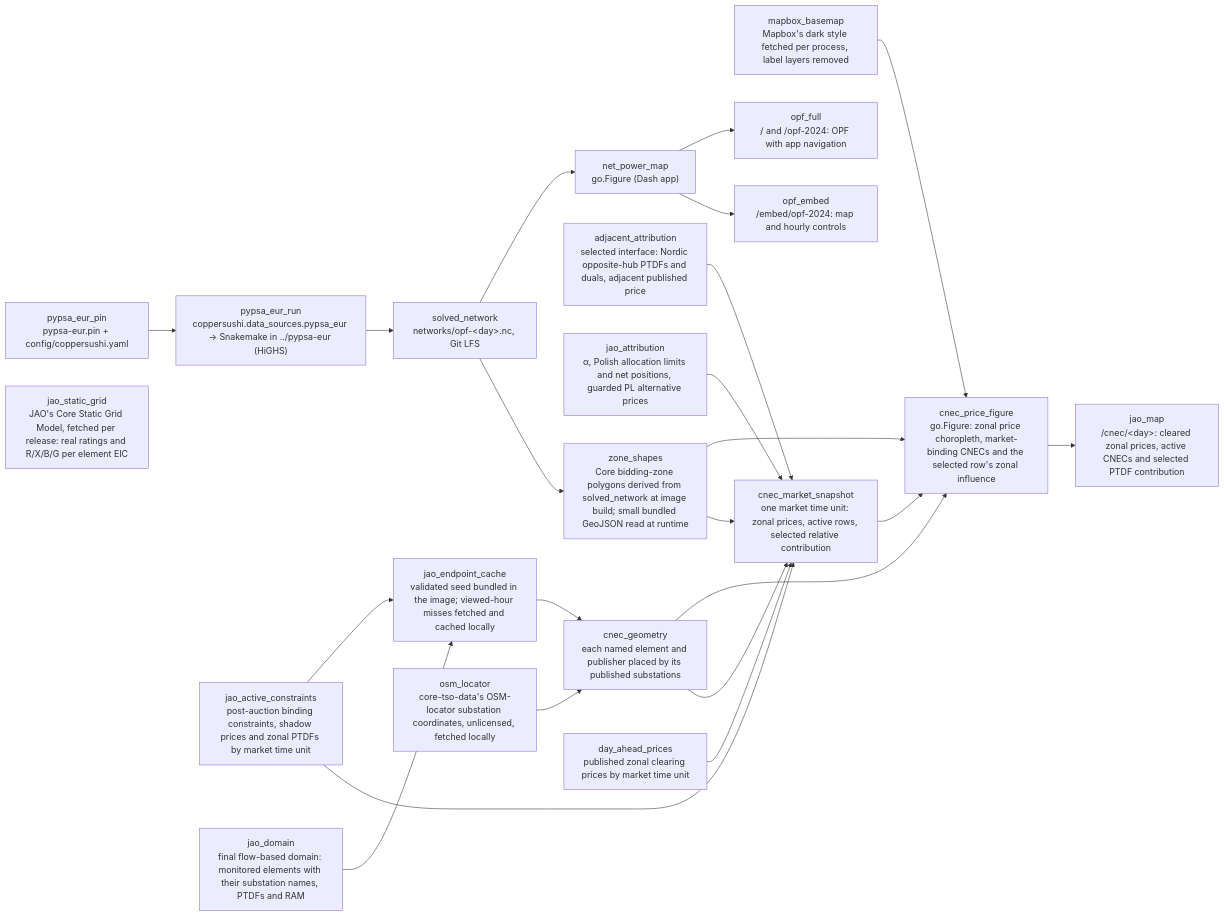
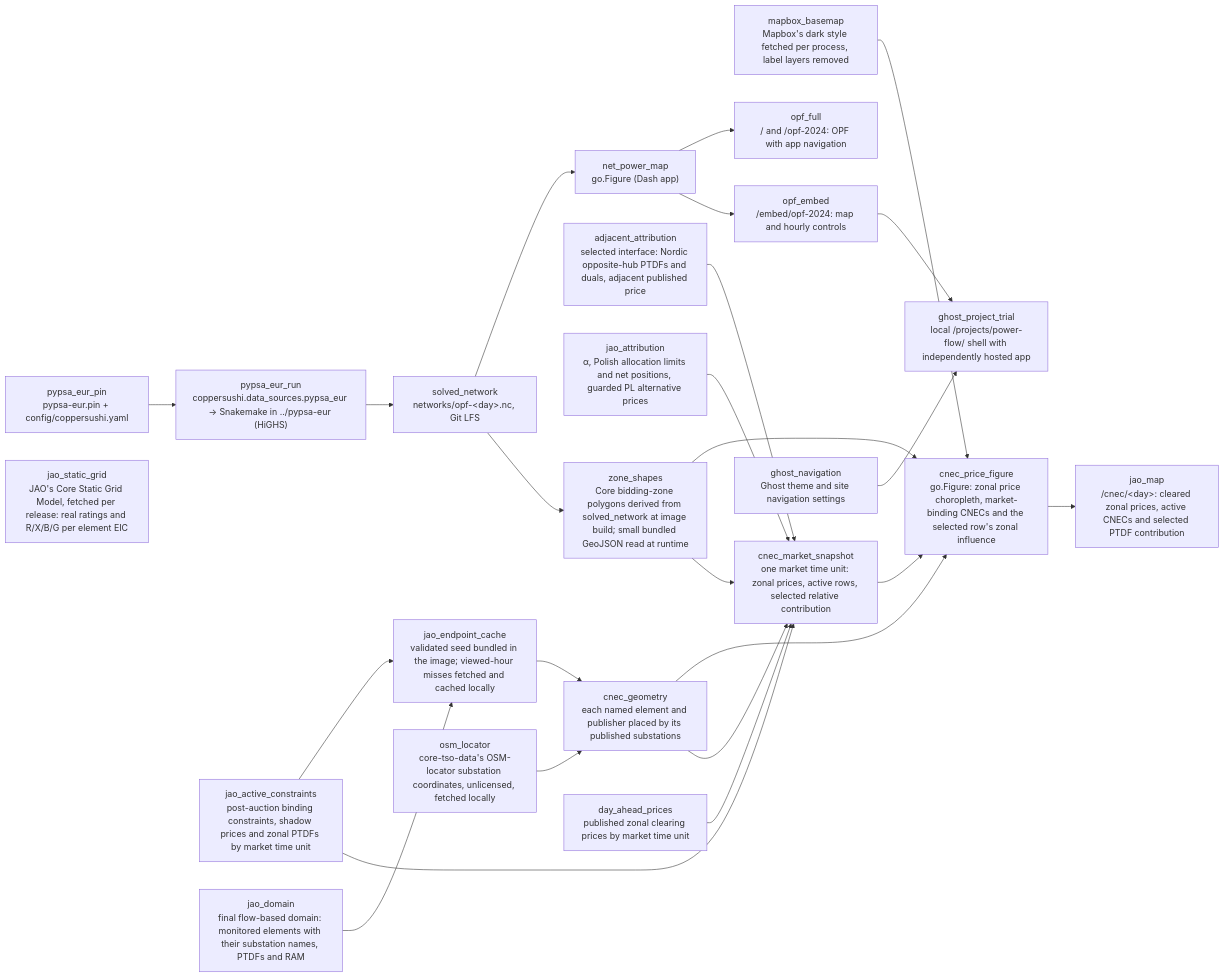
One commit to zoltanmaric/coppersushi changed the diagram in wiki/sushi-2.md. Above: the diagram before and after it, drawn with Mermaid. The commit also changed other lines of this file and 16 other files, not shown here.

Commit message:
Trial Ghost-owned project navigation around the power-flow app

````diff
--- a/wiki/sushi-2.md
+++ b/wiki/sushi-2.md
@@ -17,50 +17,54 @@
 ```mermaid
 flowchart LR
     classDef planned stroke-dasharray: 5 5,stroke:#888,fill:none
 
     net_power_map["net_power_map<br/>go.Figure (Dash app)"]
 
     pypsa_eur_pin["pypsa_eur_pin<br/>pypsa-eur.pin + config/coppersushi.yaml"]
     pypsa_eur_run["pypsa_eur_run<br/>coppersushi.data_sources.pypsa_eur → Snakemake in ../pypsa-eur (HiGHS)"]
     solved_network["solved_network<br/>networks/opf-&lt;day&gt;.nc, Git LFS"]
     jao_active_constraints["jao_active_constraints<br/>post-auction binding constraints, shadow prices and zonal PTDFs by market time unit"]
     adjacent_attribution["adjacent_attribution<br/>selected interface: Nordic opposite-hub PTDFs and duals, adjacent published price"]
     jao_attribution["jao_attribution<br/>α, Polish allocation limits and net positions, guarded PL alternative prices"]
     jao_domain["jao_domain<br/>final flow-based domain: monitored elements with their substation names, PTDFs and RAM"]
     jao_endpoint_cache["jao_endpoint_cache<br/>validated seed bundled in the image; viewed-hour misses fetched and cached locally"]
     osm_locator["osm_locator<br/>core-tso-data's OSM-locator substation coordinates, unlicensed, fetched locally"]
     cnec_geometry["cnec_geometry<br/>each named element and publisher placed by its published substations"]
     zone_shapes["zone_shapes<br/>Core bidding-zone polygons derived from solved_network at image build; small bundled GeoJSON read at runtime"]
     mapbox_basemap["mapbox_basemap<br/>Mapbox's dark style fetched per process, label layers removed"]
 
     jao_static_grid["jao_static_grid<br/>JAO's Core Static Grid Model, fetched per release: real ratings and R/X/B/G per element EIC"]
 
     day_ahead_prices["day_ahead_prices<br/>published zonal clearing prices by market time unit"]
     cnec_market_snapshot["cnec_market_snapshot<br/>one market time unit: zonal prices, active rows, selected relative contribution"]
     cnec_price_figure["cnec_price_figure<br/>go.Figure: zonal price choropleth, market-binding CNECs and the selected row's zonal influence"]
     jao_map["jao_map<br/>/cnec/&lt;day&gt;: cleared zonal prices, active CNECs and selected PTDF contribution"]
 
     pypsa_eur_pin --> pypsa_eur_run
     pypsa_eur_run --> solved_network
     opf_full["opf_full<br/>/ and /opf-2024: OPF with app navigation"]
     opf_embed["opf_embed<br/>/embed/opf-2024: map and hourly controls"]
     net_power_map --> opf_full
     net_power_map --> opf_embed
+    ghost_navigation["ghost_navigation<br/>Ghost theme and site navigation settings"]
+    ghost_project_trial["ghost_project_trial<br/>local /projects/power-flow/ shell with independently hosted app"]
+    ghost_navigation --> ghost_project_trial
+    opf_embed --> ghost_project_trial
     solved_network --> net_power_map
     solved_network --> zone_shapes
     zone_shapes --> cnec_price_figure
     jao_domain --> jao_endpoint_cache
     jao_active_constraints --> jao_endpoint_cache
     jao_endpoint_cache --> cnec_geometry
     osm_locator --> cnec_geometry
     cnec_geometry --> cnec_price_figure
     mapbox_basemap --> cnec_price_figure
     adjacent_attribution --> cnec_market_snapshot
     jao_attribution --> cnec_market_snapshot
     cnec_geometry --> cnec_market_snapshot
     zone_shapes --> cnec_market_snapshot
     jao_active_constraints --> cnec_market_snapshot
     day_ahead_prices --> cnec_market_snapshot
     cnec_market_snapshot --> cnec_price_figure
     cnec_price_figure --> jao_map
 ```
````
